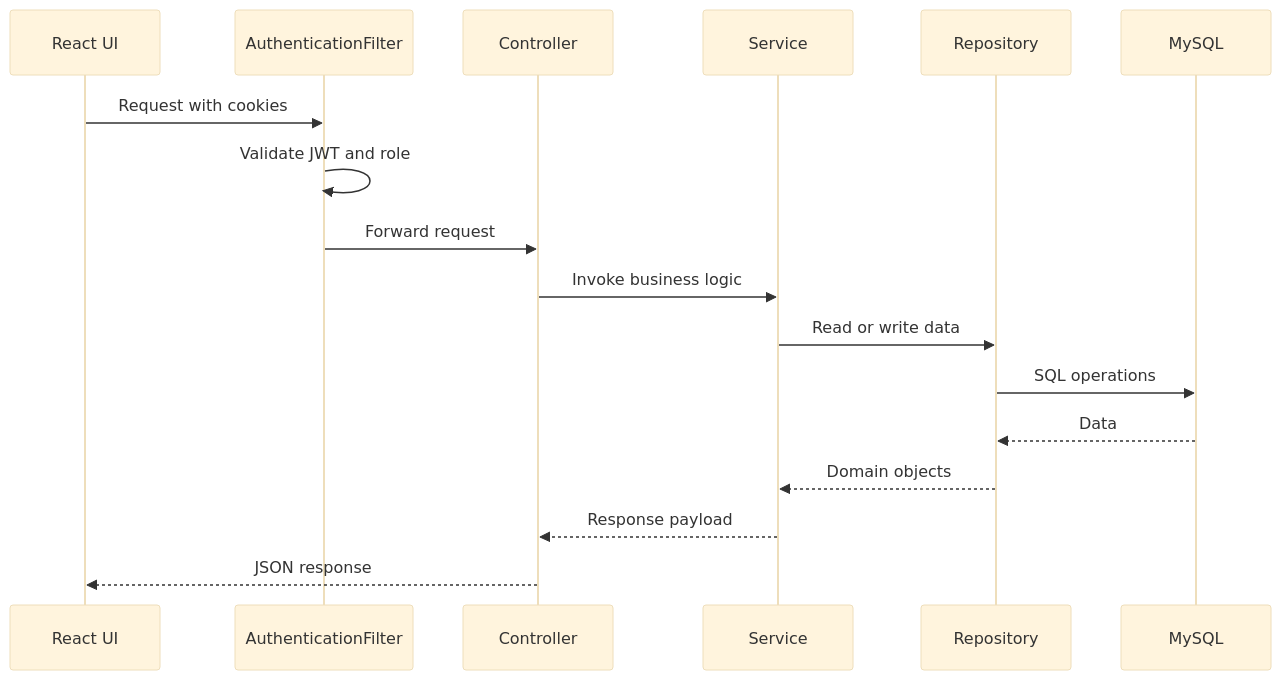
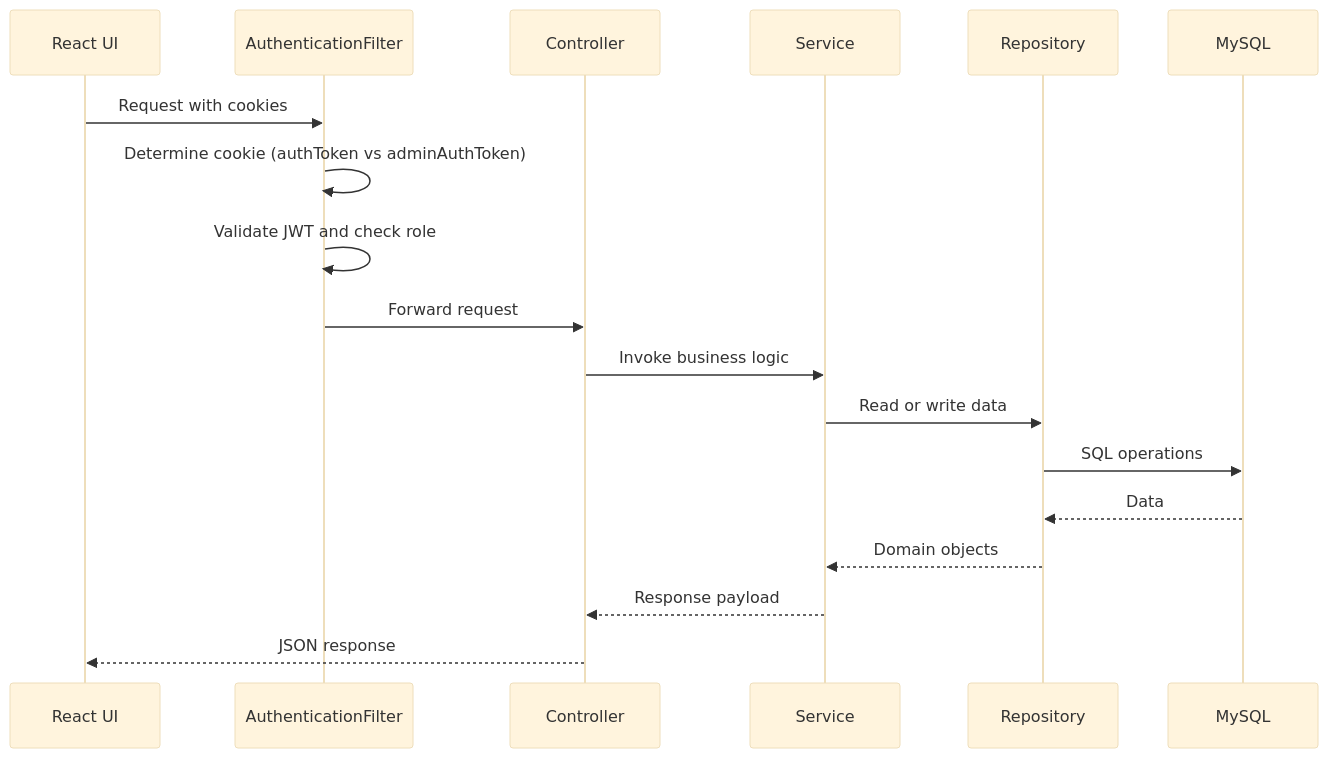
One commit to annnuuupam/NexCart changed the fourth of 12 diagrams in WORKFLOW.md. Above: the diagram before and after it, drawn with Mermaid (base theme). The commit also changed other lines of this file and 41 other files, not shown here.

First line of the commit message:
feat: dual-cookie auth, dynamic store branding, full docs refresh

````diff
--- a/WORKFLOW.md
+++ b/WORKFLOW.md
@@ -22,20 +51,21 @@
 ```mermaid
 sequenceDiagram
   participant FE as React UI
   participant FILTER as AuthenticationFilter
   participant CTRL as Controller
   participant SVC as Service
   participant REPO as Repository
   participant DB as MySQL
 
   FE->>FILTER: Request with cookies
-  FILTER->>FILTER: Validate JWT and role
+  FILTER->>FILTER: Determine cookie (authToken vs adminAuthToken)
+  FILTER->>FILTER: Validate JWT and check role
   FILTER->>CTRL: Forward request
   CTRL->>SVC: Invoke business logic
   SVC->>REPO: Read or write data
   REPO->>DB: SQL operations
   DB-->>REPO: Data
   REPO-->>SVC: Domain objects
   SVC-->>CTRL: Response payload
   CTRL-->>FE: JSON response
 ```
````
